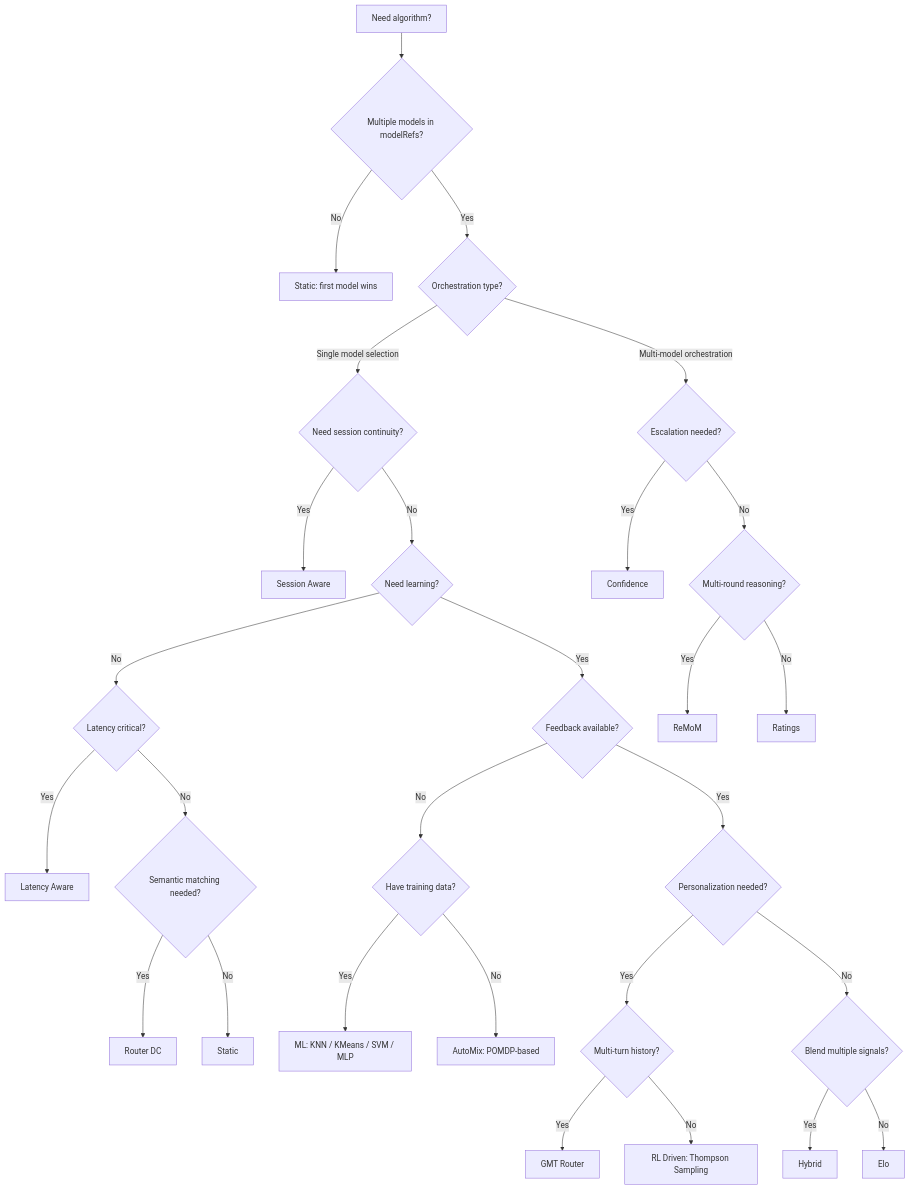
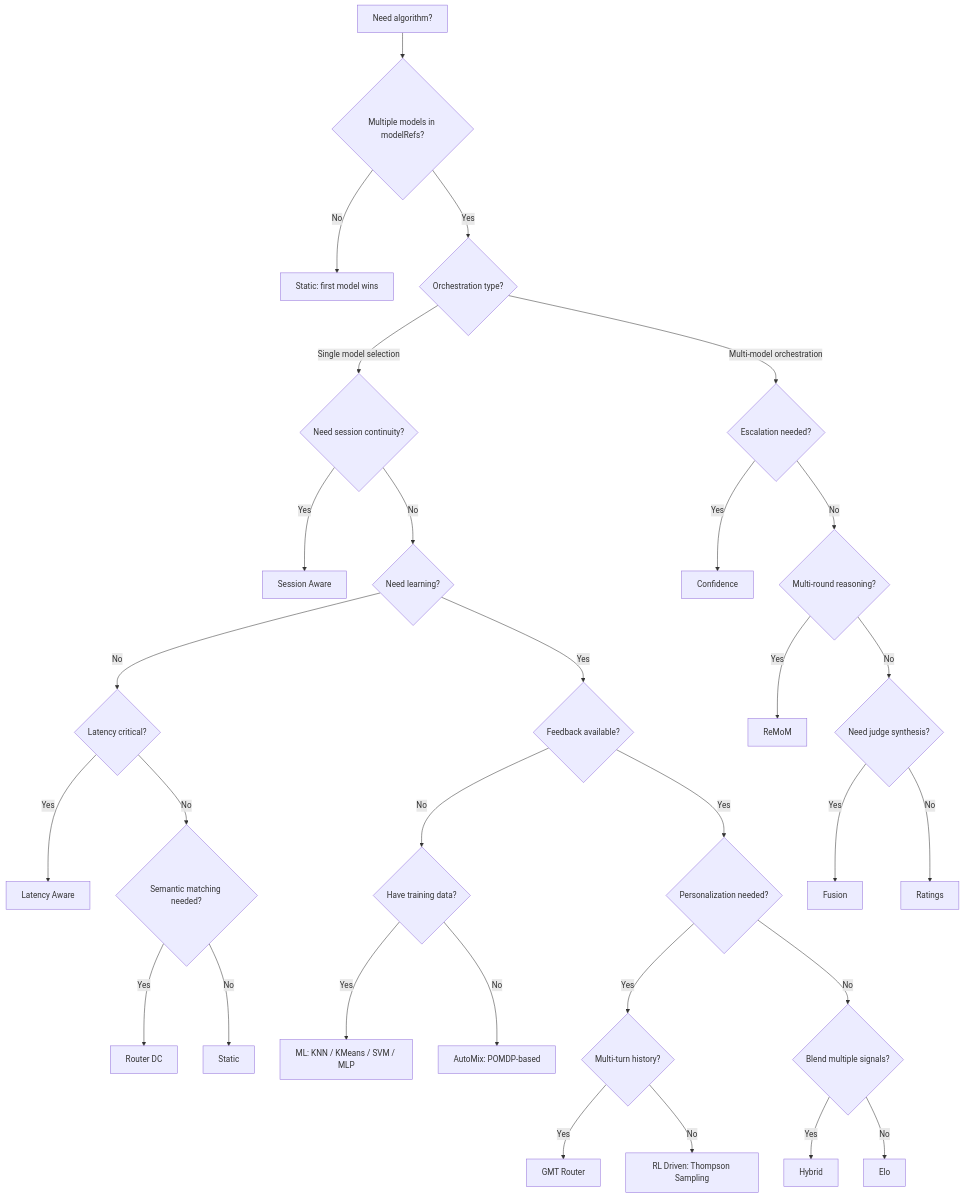
One commit to vllm-project/semantic-router changed the diagram in website/docs/tutorials/algorithm/overview.md. Above: the diagram before and after it, drawn with Mermaid. The commit also changed other lines of this file and 66 other files, not shown here.

````diff
--- a/website/docs/tutorials/algorithm/overview.md
+++ b/website/docs/tutorials/algorithm/overview.md
@@ -85,30 +86,32 @@
 ```mermaid
 flowchart TD
     Start[Need algorithm?] --> Q1{Multiple models in modelRefs?}
     Q1 -- No --> Static[Static: first model wins]
     Q1 -- Yes --> Q2{Orchestration type?}
     Q2 -- Single model selection --> QS{Need session continuity?}
     QS -- Yes --> SessionAware[Session Aware]
     QS -- No --> Q3{Need learning?}
     Q3 -- No --> Q4{Latency critical?}
     Q4 -- Yes --> Latency[Latency Aware]
     Q4 -- No --> Q5{Semantic matching needed?}
     Q5 -- Yes --> RDC[Router DC]
     Q5 -- No --> Static2[Static]
     Q3 -- Yes --> Q6{Feedback available?}
     Q6 -- No --> Q7{Have training data?}
     Q7 -- Yes --> ML[ML: KNN / KMeans / SVM / MLP]
     Q7 -- No --> AutoMix[AutoMix: POMDP-based]
     Q6 -- Yes --> Q8{Personalization needed?}
     Q8 -- Yes --> Q9{Multi-turn history?}
     Q9 -- Yes --> GMT[GMT Router]
     Q9 -- No --> RL[RL Driven: Thompson Sampling]
     Q8 -- No --> Q10{Blend multiple signals?}
     Q10 -- Yes --> Hybrid[Hybrid]
     Q10 -- No --> Elo[Elo]
     Q2 -- Multi-model orchestration --> Q11{Escalation needed?}
     Q11 -- Yes --> Confidence[Confidence]
     Q11 -- No --> Q12{Multi-round reasoning?}
     Q12 -- Yes --> ReMoM[ReMoM]
-    Q12 -- No --> Ratings[Ratings]
+    Q12 -- No --> Q13{Need judge synthesis?}
+    Q13 -- Yes --> Fusion[Fusion]
+    Q13 -- No --> Ratings[Ratings]
 ```
````
